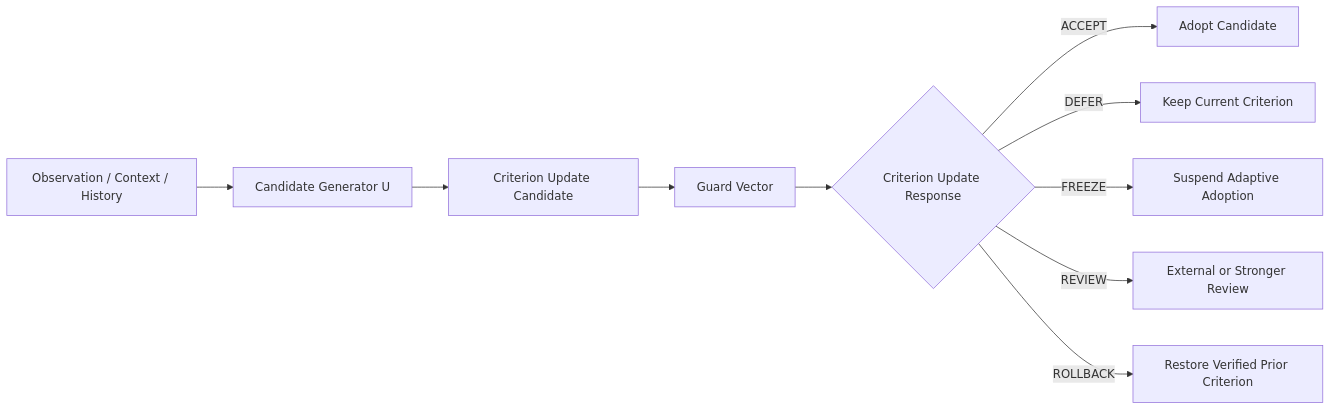
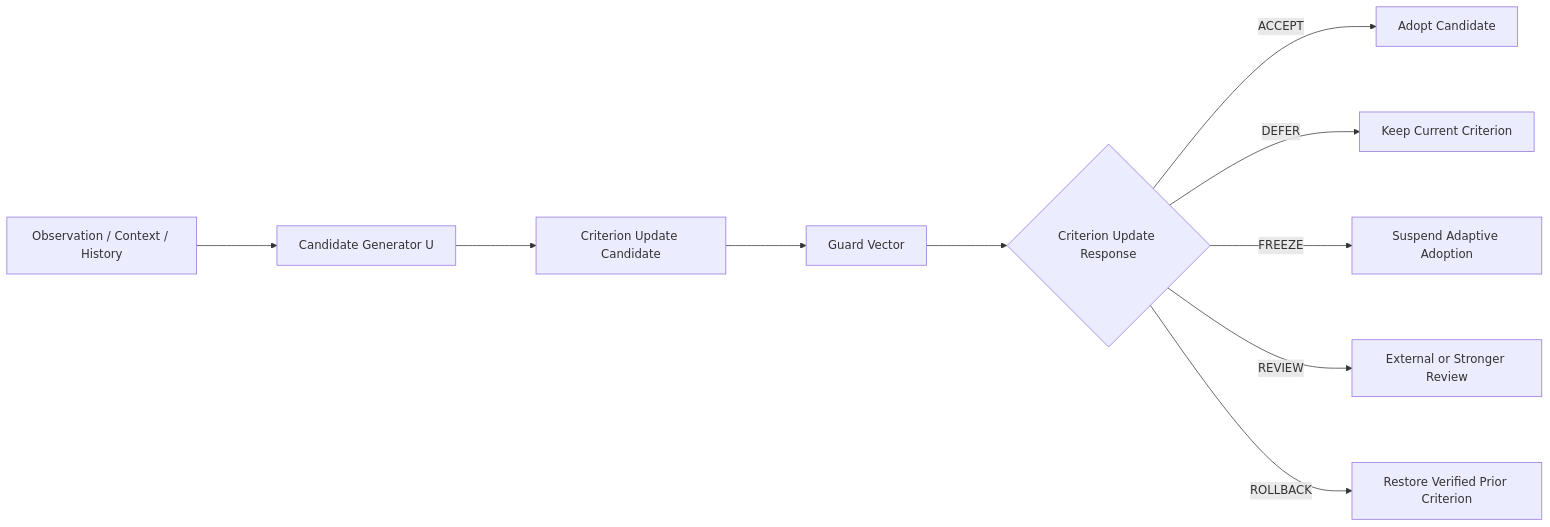
The third of 6 diagrams in figures/guarded_criterion_trajectories_mermaid.md (gitGyro-Dev/gyroauth), drawn with Mermaid before and after one commit.

Commit message:
Improve Figure 3 response label legibility through Mermaid spacing and curved routing

````diff
--- a/figures/guarded_criterion_trajectories_mermaid.md
+++ b/figures/guarded_criterion_trajectories_mermaid.md
@@ -40,12 +40,13 @@
 ```mermaid
+%%{init: {"flowchart": {"nodeSpacing": 90, "rankSpacing": 110, "curve": "basis"}}}%%
 flowchart LR
     O[Observation / Context / History] --> U[Candidate Generator U]
     U --> C[Criterion Update Candidate]
     C --> G[Guard Vector]
     G --> R{Criterion Update Response}
     R -->|ACCEPT| N[Adopt Candidate]
     R -->|DEFER| K[Keep Current Criterion]
     R -->|FREEZE| F[Suspend Adaptive Adoption]
     R -->|REVIEW| V[External or Stronger Review]
     R -->|ROLLBACK| B[Restore Verified Prior Criterion]
 ```
````
